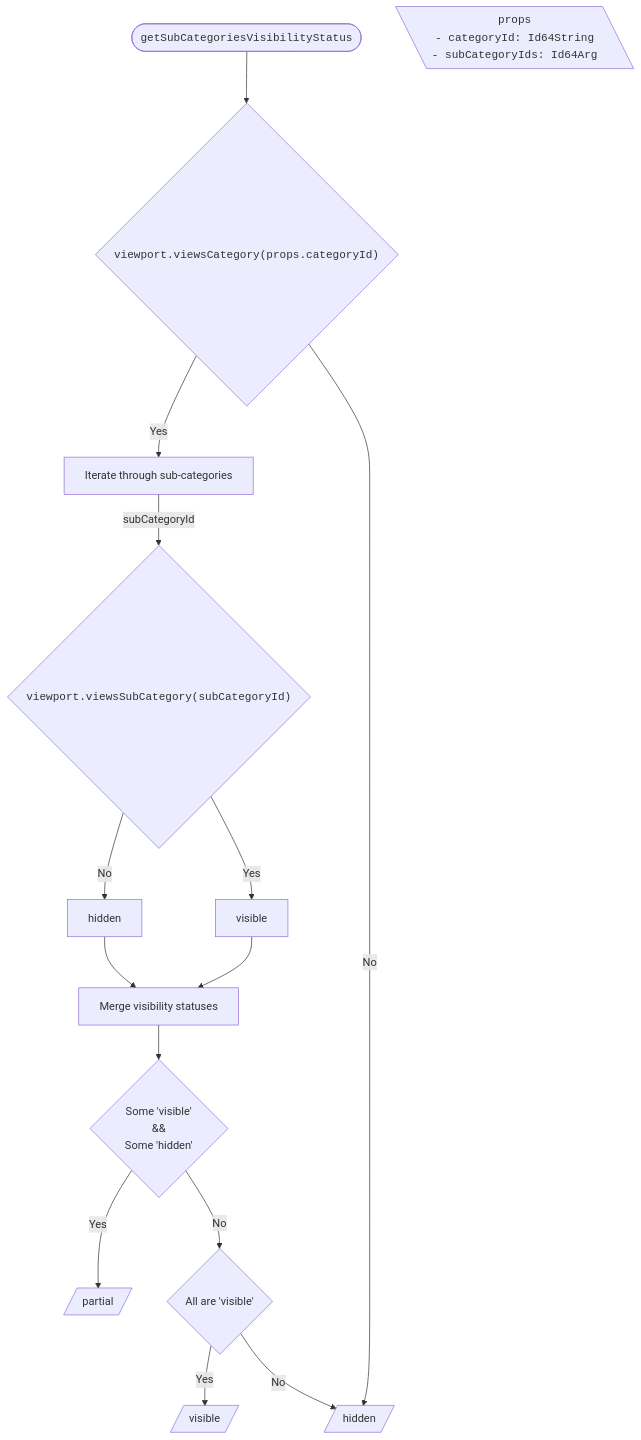
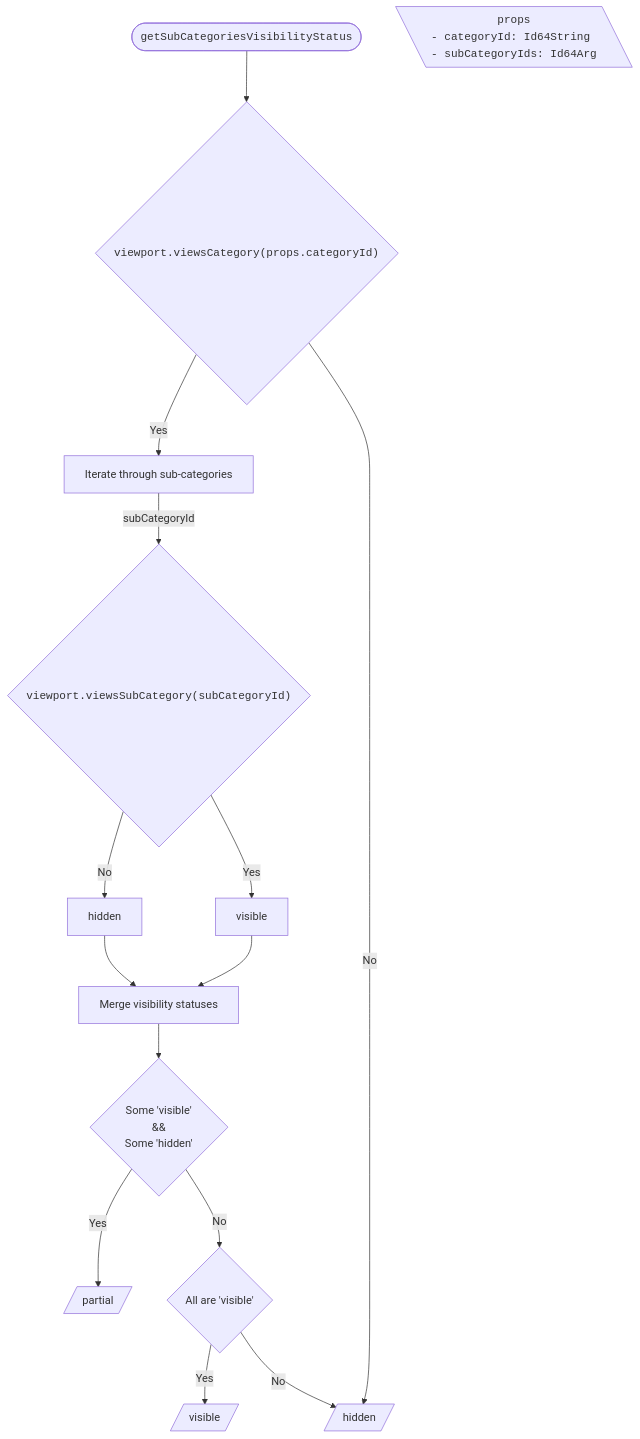
Before and after one commit to iTwin/viewer-components-react: the first of 14 diagrams in packages/itwin/tree-widget/docs/SharedVisibilityHandling.md, drawn with Mermaid. The commit also changed other lines of this file and 3 other files, not shown here.

````diff
--- a/packages/itwin/tree-widget/docs/SharedVisibilityHandling.md
+++ b/packages/itwin/tree-widget/docs/SharedVisibilityHandling.md
@@ -32,44 +32,44 @@
 ```mermaid
 ---
 config:
   flowchart:
     wrappingWidth: 750
     useMaxWidth: false
 ---
 
 flowchart TD
   RESULT_Partial[/partial/]
   RESULT_Visible[/visible/]
   RESULT_Hidden[/hidden/]
 
   %% Start
   TITLE(["<code>getSubCategoriesVisibilityStatus</code>"]) --> A{"<code>viewport.viewsCategory(props.categoryId)</code>"}
 
   PROPS[\"
     <code>props</code>
-    <code style='text-align: left;'>- categoryId: Id64String<br/> - subCategoryIds: Id64Arg</code>
+    <code style='display: block; text-align: left;'>- categoryId: Id64String<br/> - subCategoryIds: Id64Arg</code>
   "\]
 
   %% Branch No
   A -- No --> RESULT_Hidden
 
   %% Branch Yes
   A -- Yes --> B["Iterate through sub-categories"]
   B -- subCategoryId --> C{"<code>viewport.viewsSubCategory(subCategoryId)</code>"}
   C -- Yes -->  D1[visible]
   C -- No -->  D2[hidden]
 
   %% Merge
   D1 --> M[Merge visibility statuses]
   D2 --> M
 
   M --> N{Some 'visible' <br/> && <br/> Some 'hidden'}
 
   %% Results
   N -- Yes --> RESULT_Partial
 
   N -- No --> O{All are 'visible'}
 
   O -- Yes --> RESULT_Visible
   O -- No --> RESULT_Hidden
 ```
````
